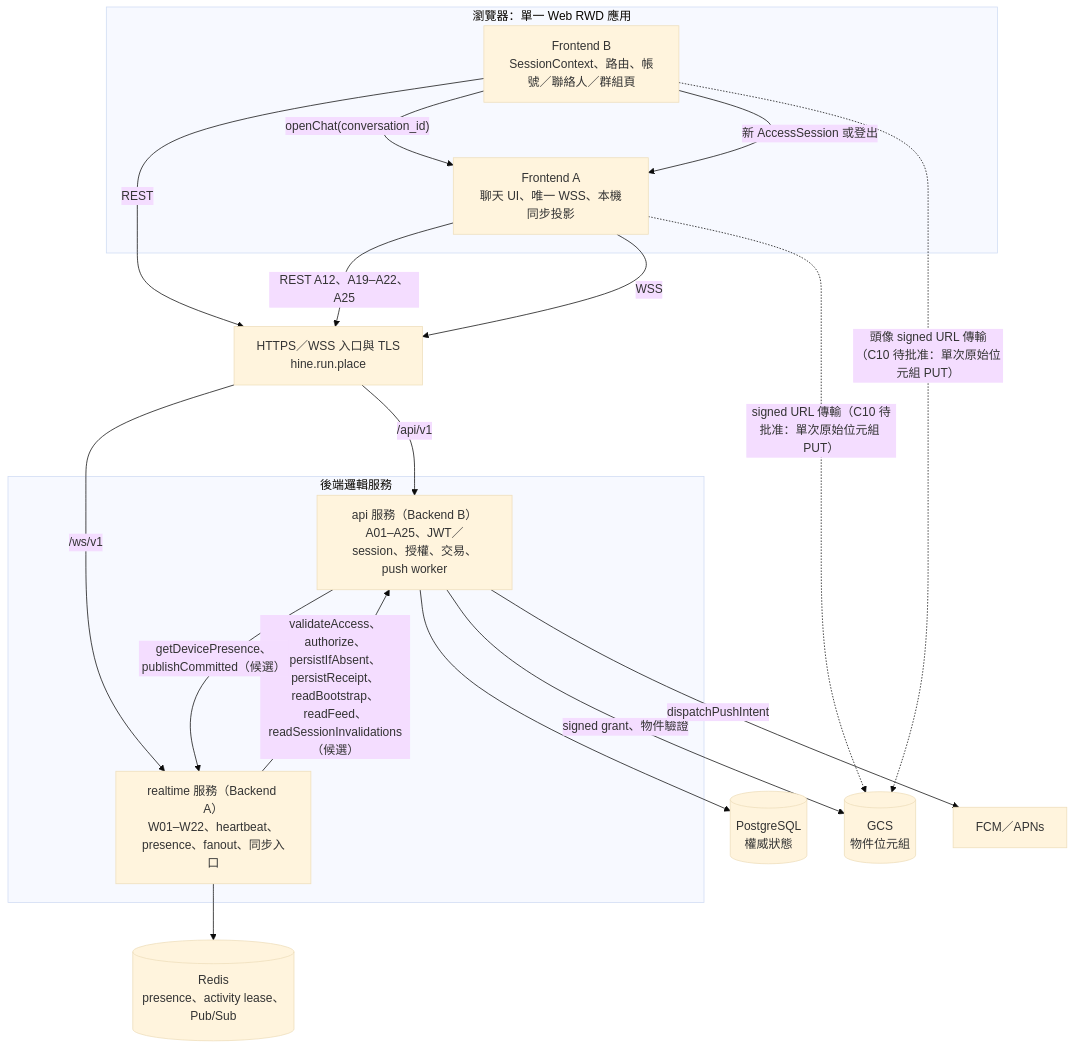
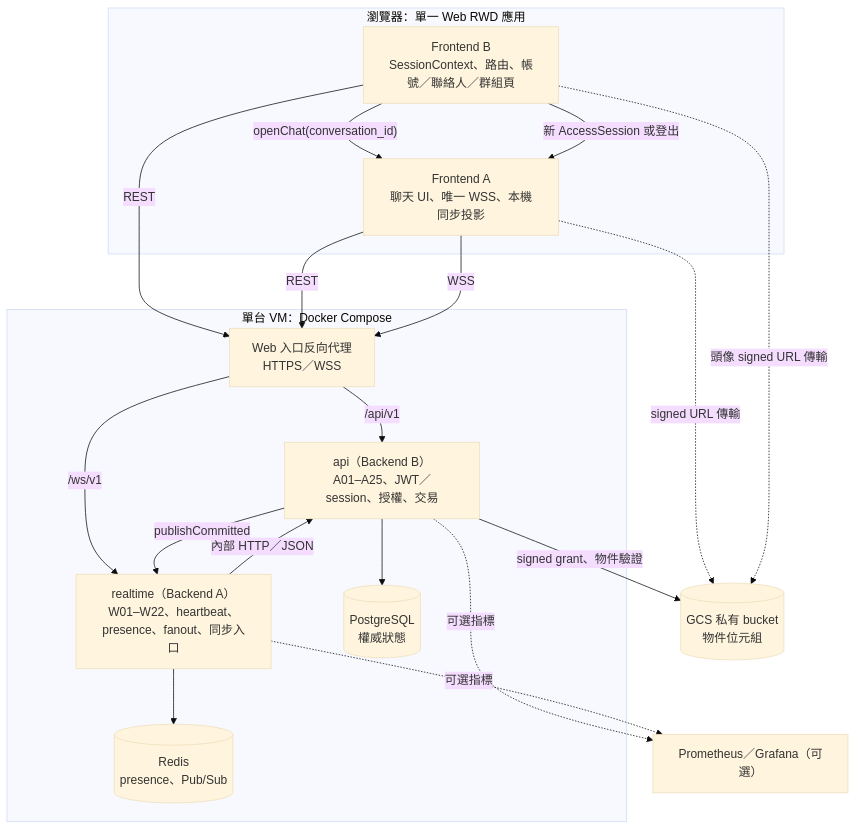
The second of 9 diagrams in docs/architecture/README.md (LeoCheng-space/Hine), drawn with Mermaid (base theme) before and after one commit. The commit also changed other lines of this file and 24 other files, not shown here.

````diff
--- a/docs/architecture/README.md
+++ b/docs/architecture/README.md
@@ -46,31 +45,32 @@
 ```mermaid
 flowchart TB
   subgraph client["瀏覽器：單一 Web RWD 應用"]
     fb["Frontend B<br/>SessionContext、路由、帳號／聯絡人／群組頁"]
     fa["Frontend A<br/>聊天 UI、唯一 WSS、本機同步投影"]
     fb -->|"openChat(conversation_id)"| fa
     fb -->|"新 AccessSession 或登出"| fa
   end
-  ingress["HTTPS／WSS 入口與 TLS<br/>hine.run.place"]
-  subgraph backend["後端邏輯服務"]
-    api["api 服務（Backend B）<br/>A01–A25、JWT／session、授權、交易、push worker"]
-    rt["realtime 服務（Backend A）<br/>W01–W22、heartbeat、presence、fanout、同步入口"]
+  subgraph host["單台 VM：Docker Compose"]
+    ingress["Web 入口反向代理<br/>HTTPS／WSS"]
+    api["api（Backend B）<br/>A01–A25、JWT／session、授權、交易"]
+    rt["realtime（Backend A）<br/>W01–W22、heartbeat、presence、fanout、同步入口"]
+    pg[("PostgreSQL<br/>權威狀態")]
+    redis[("Redis<br/>presence、Pub/Sub")]
+    ingress -->|"/api/v1"| api
+    ingress -->|"/ws/v1"| rt
+    rt -->|"內部 HTTP／JSON"| api
+    api -->|"publishCommitted"| rt
+    api --> pg
+    rt --> redis
   end
-  pg[("PostgreSQL<br/>權威狀態")]
-  redis[("Redis<br/>presence、activity lease、Pub/Sub")]
-  gcs[("GCS<br/>物件位元組")]
-  push["FCM／APNs"]
+  gcs[("GCS 私有 bucket<br/>物件位元組")]
   fb -->|"REST"| ingress
-  fa -->|"REST A12、A19–A22、A25"| ingress
+  fa -->|"REST"| ingress
   fa -->|"WSS"| ingress
-  ingress -->|"/api/v1"| api
-  ingress -->|"/ws/v1"| rt
-  rt -->|"validateAccess、authorize、persistIfAbsent、persistReceipt、readBootstrap、readFeed、readSessionInvalidations（候選）"| api
-  api -->|"getDevicePresence、publishCommitted（候選）"| rt
-  api --> pg
-  rt --> redis
   api -->|"signed grant、物件驗證"| gcs
-  fa -.->|"signed URL 傳輸（C10 待批准：單次原始位元組 PUT）"| gcs
-  fb -.->|"頭像 signed URL 傳輸（C10 待批准：單次原始位元組 PUT）"| gcs
-  api -->|"dispatchPushIntent"| push
+  fa -.->|"signed URL 傳輸"| gcs
+  fb -.->|"頭像 signed URL 傳輸"| gcs
+  opt["Prometheus／Grafana（可選）"]
+  api -.->|"可選指標"| opt
+  rt -.->|"可選指標"| opt
 ```
````
